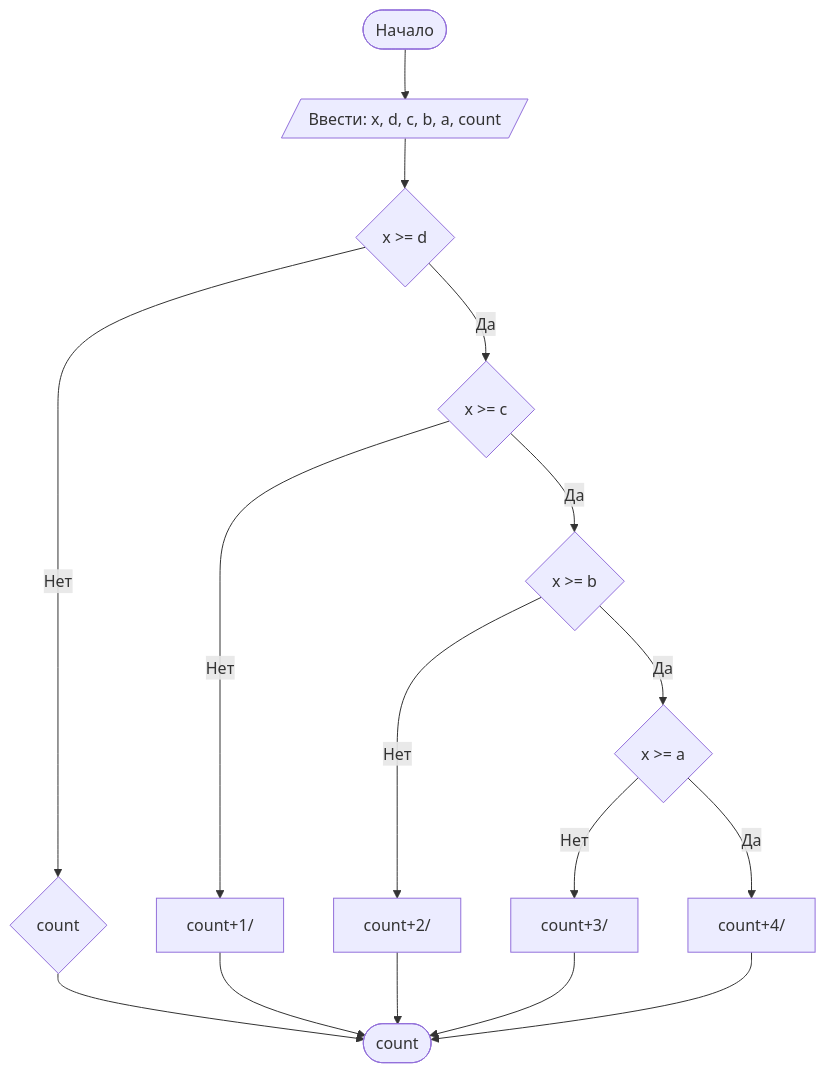
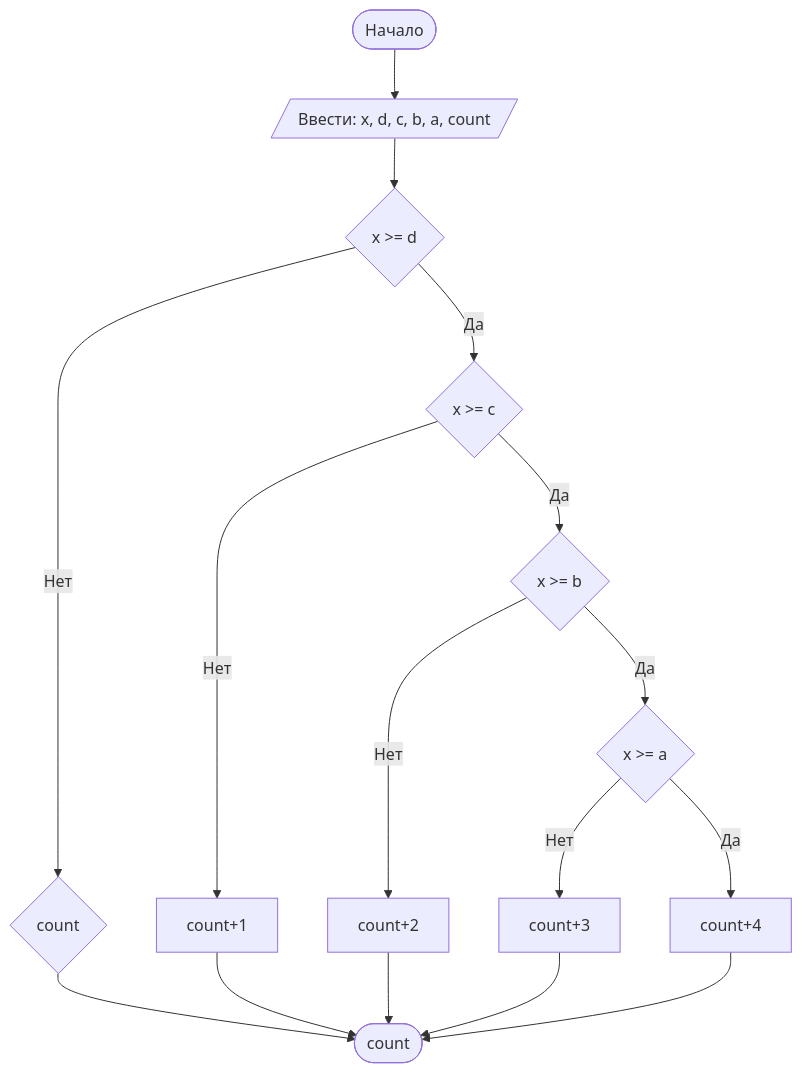
The diagram in README.md (yantselovskiy5667/Lab1), drawn with Mermaid before and after one commit.

````diff
--- a/README.md
+++ b/README.md
@@ -117,21 +117,21 @@
 ```mermaid
 graph TD
     A([Начало]) --> B[/Ввести: x, d, c, b, a, count /]
     B --> C{x >= d}
     C -- Нет --> D{count}
     D -->Z([count])
     C -- Да --> I{x >= c}
-    I -- Нет --> J[count+1/]
+    I -- Нет --> J[count+1]
     I -- Да --> K{x >= b}
-    K -- Нет --> P[count+2/]
+    K -- Нет --> P[count+2]
     K -- Да --> S{x >= a}
-    S -- Нет --> T[count+3/]
-    S -- Да --> F[count+4/]
+    S -- Нет --> T[count+3]
+    S -- Да --> F[count+4]
     J --> Z
     P --> Z
     T --> Z
     F --> Z
 
     
 
 ```
````
